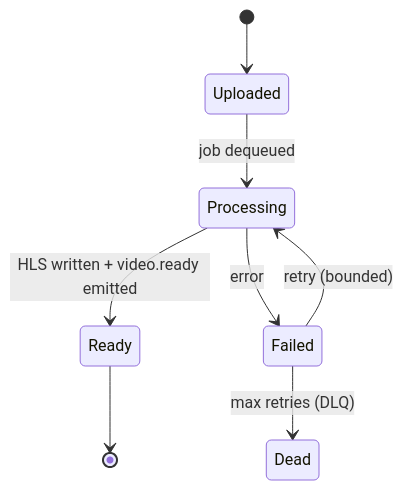
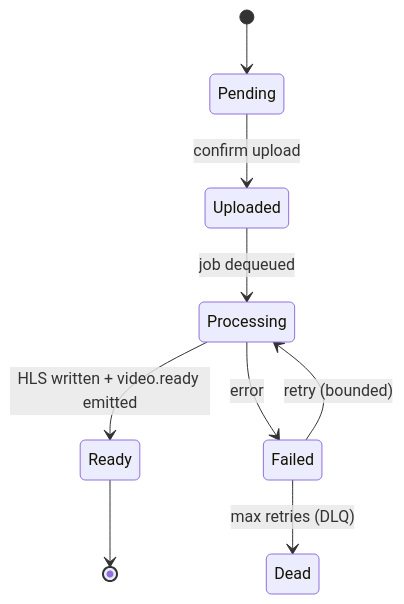
One commit to devravinder/project-youtube-clone changed the fourth of 9 diagrams in docs/architecture.md. Above: the diagram before and after it, drawn with Mermaid. The commit also changed other lines of this file and 10 other files, not shown here.

Commit message:
feat: confirm upload and pending status

````diff
--- a/docs/architecture.md
+++ b/docs/architecture.md
@@ -99,10 +99,11 @@
 ```mermaid
 stateDiagram-v2
-  [*] --> Uploaded
+  [*] --> Pending
+  Pending --> Uploaded: confirm upload
   Uploaded --> Processing: job dequeued
   Processing --> Ready: HLS written + video.ready emitted
   Processing --> Failed: error
   Failed --> Processing: retry (bounded)
   Failed --> Dead: max retries (DLQ)
   Ready --> [*]
 ```
````
